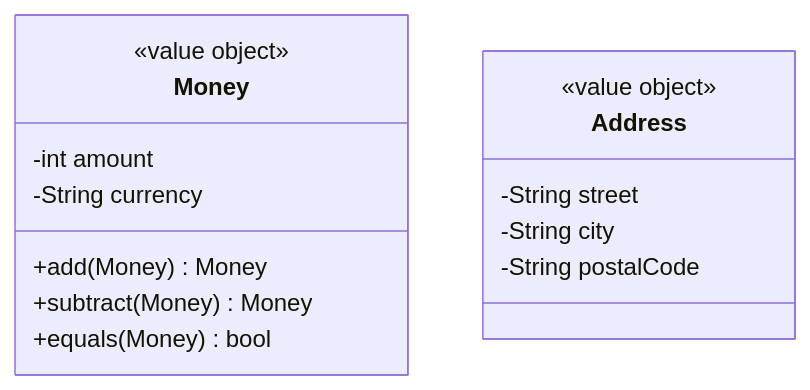
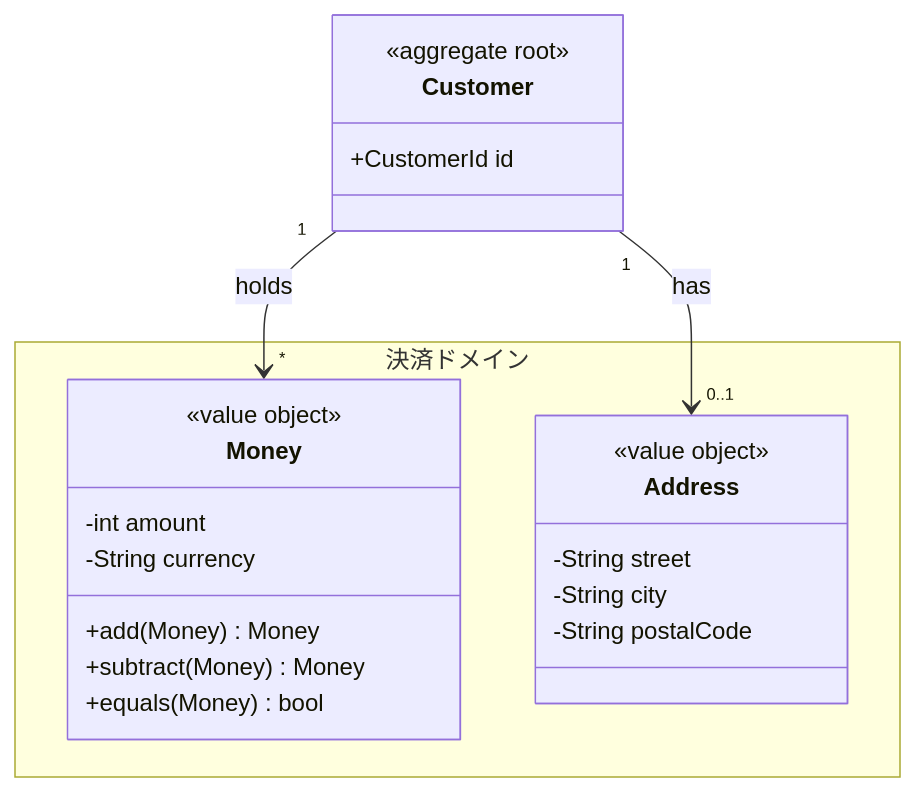
The fourth of 4 diagrams in .claude/skills/mermaid-guide/references/pattern-class.md (daidaiiro-519/has-udd), drawn with Mermaid before and after one commit. The commit also changed other lines of this file and 26 other files, not shown here.

````diff
--- a/.claude/skills/mermaid-guide/references/pattern-class.md
+++ b/.claude/skills/mermaid-guide/references/pattern-class.md
@@ -112,18 +354,28 @@
 ```mermaid
 classDiagram
-    class Money {
-        <<value object>>
-        -int amount
-        -String currency
-        +add(Money) Money
-        +subtract(Money) Money
-        +equals(Money) bool
+    namespace 決済ドメイン {
+        class Money {
+            <<value object>>
+            -int amount
+            -String currency
+            +add(Money) Money
+            +subtract(Money) Money
+            +equals(Money) bool
+        }
+
+        class Address {
+            <<value object>>
+            -String street
+            -String city
+            -String postalCode
+        }
     }
 
-    class Address {
-        <<value object>>
-        -String street
-        -String city
-        -String postalCode
+    class Customer {
+        <<aggregate root>>
+        +CustomerId id
     }
+
+    Customer "1" --> "0..1" Address : has
+    Customer "1" --> "*" Money : holds
 ```
````
